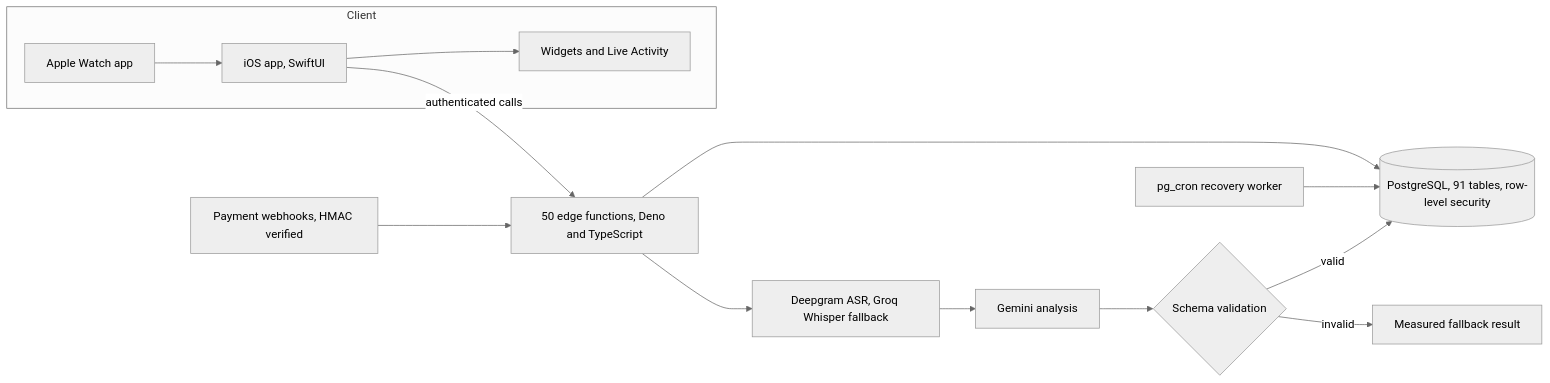
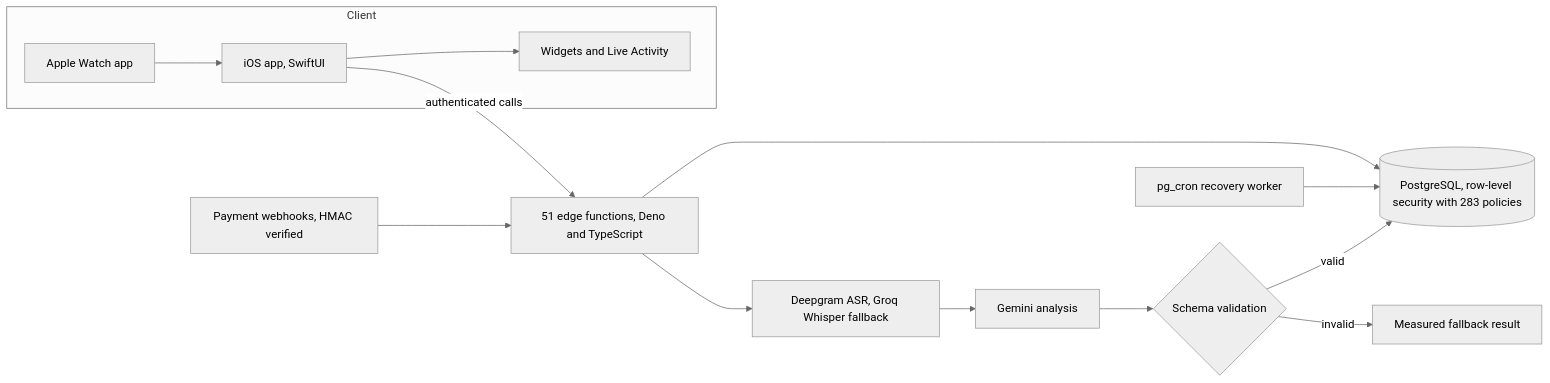
Before and after one commit to TechVoyagerr/orately: the diagram in README.md, drawn with Mermaid (neutral theme). The commit also changed other lines of this file, not shown here.

````diff
--- a/README.md
+++ b/README.md
@@ -23,16 +23,16 @@
 ```mermaid
 flowchart LR
   subgraph Client
     W[Apple Watch app] --> A[iOS app, SwiftUI]
     A --> WD[Widgets and Live Activity]
   end
-  A -->|authenticated calls| EF[50 edge functions, Deno and TypeScript]
-  EF --> DB[(PostgreSQL, 91 tables, row-level security)]
+  A -->|authenticated calls| EF[51 edge functions, Deno and TypeScript]
+  EF --> DB[(PostgreSQL, row-level security with 283 policies)]
   EF --> ASR[Deepgram ASR, Groq Whisper fallback]
   ASR --> LLM[Gemini analysis]
   LLM --> V{Schema validation}
   V -->|valid| DB
   V -->|invalid| FB[Measured fallback result]
   CRON[pg_cron recovery worker] --> DB
   PAY[Payment webhooks, HMAC verified] --> EF
 ```
````
